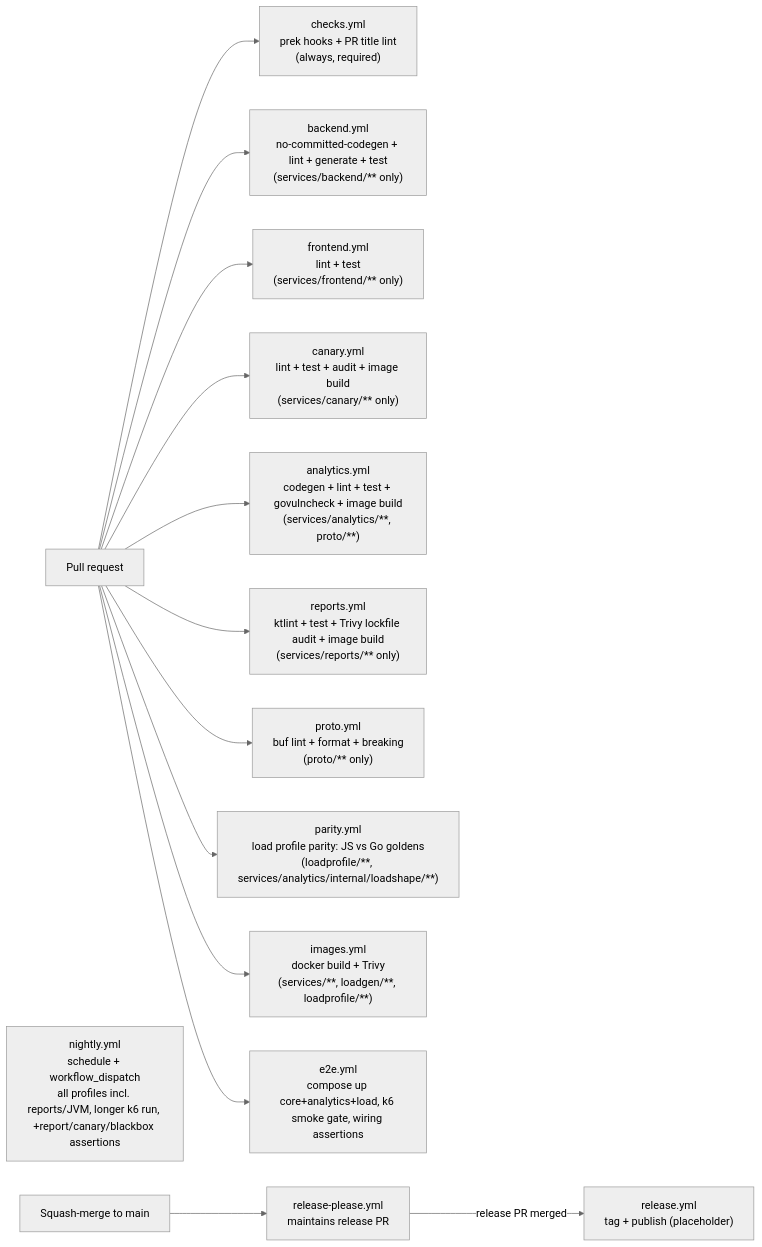
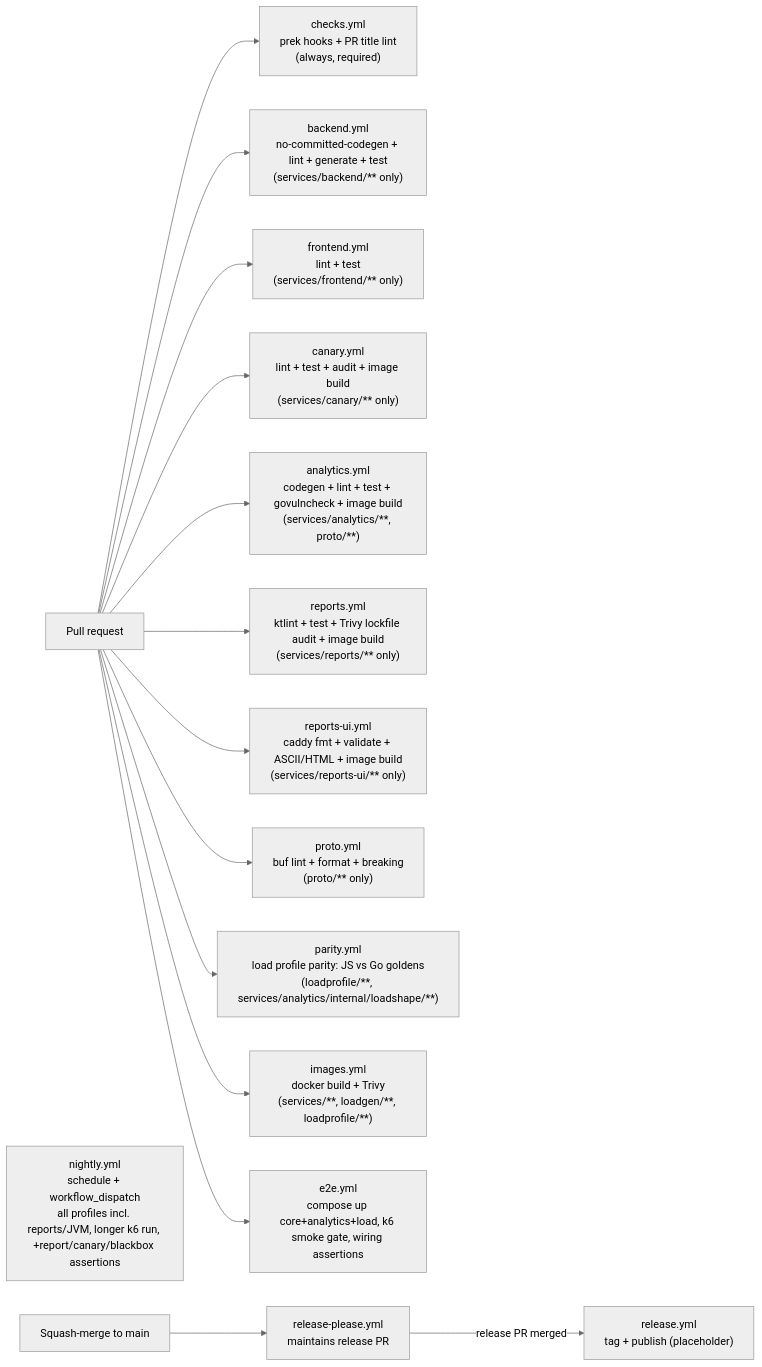
One commit to vovinacci/devops-demo changed the diagram in docs/ci.md. Above: the diagram before and after it, drawn with Mermaid (neutral theme). The commit also changed other lines of this file and 18 other files, not shown here.

First line of the commit message:
feat(reports-ui): Caddy static SPA over the reports API (RFC-0002) (#182)

````diff
--- a/docs/ci.md
+++ b/docs/ci.md
@@ -12,16 +12,17 @@
 ```mermaid
 flowchart LR
     pr[Pull request] --> checks["checks.yml<br/>prek hooks + PR title lint<br/>(always, required)"]
     pr --> be["backend.yml<br/>no-committed-codegen + lint + generate + test<br/>(services/backend/** only)"]
     pr --> fe["frontend.yml<br/>lint + test<br/>(services/frontend/** only)"]
     pr --> ca["canary.yml<br/>lint + test + audit + image build<br/>(services/canary/** only)"]
     pr --> an["analytics.yml<br/>codegen + lint + test + govulncheck + image build<br/>(services/analytics/**, proto/**)"]
     pr --> rep["reports.yml<br/>ktlint + test + Trivy lockfile audit + image build<br/>(services/reports/** only)"]
+    pr --> repui["reports-ui.yml<br/>caddy fmt + validate + ASCII/HTML + image build<br/>(services/reports-ui/** only)"]
     pr --> proto["proto.yml<br/>buf lint + format + breaking<br/>(proto/** only)"]
     pr --> par["parity.yml<br/>load profile parity: JS vs Go goldens<br/>(loadprofile/**, services/analytics/internal/loadshape/**)"]
     pr --> img["images.yml<br/>docker build + Trivy<br/>(services/**, loadgen/**, loadprofile/**)"]
     pr --> e2e["e2e.yml<br/>compose up core+analytics+load, k6 smoke gate, wiring assertions"]
     night["nightly.yml<br/>schedule + workflow_dispatch<br/>all profiles incl. reports/JVM, longer k6 run, +report/canary/blackbox assertions"]
     merge[Squash-merge to main] --> rp["release-please.yml<br/>maintains release PR"]
     rp -->|release PR merged| rel["release.yml<br/>tag + publish (placeholder)"]
 ```
````
